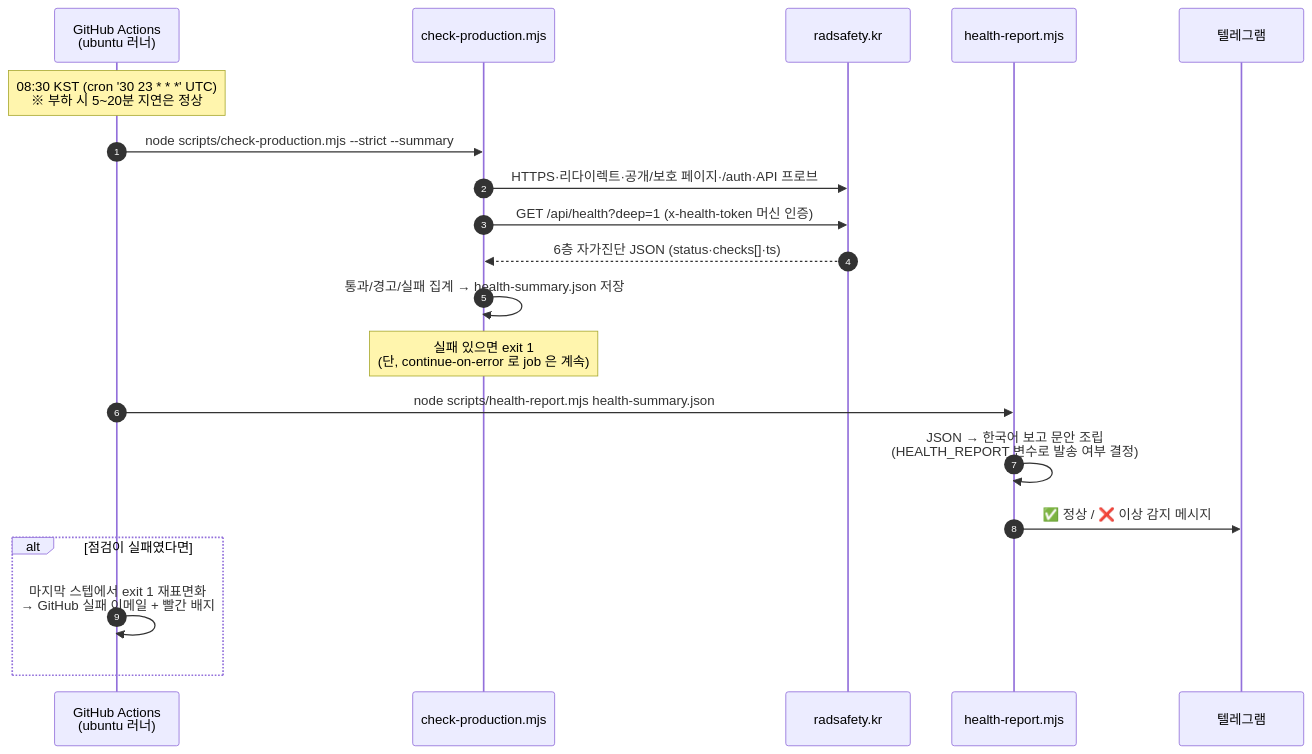
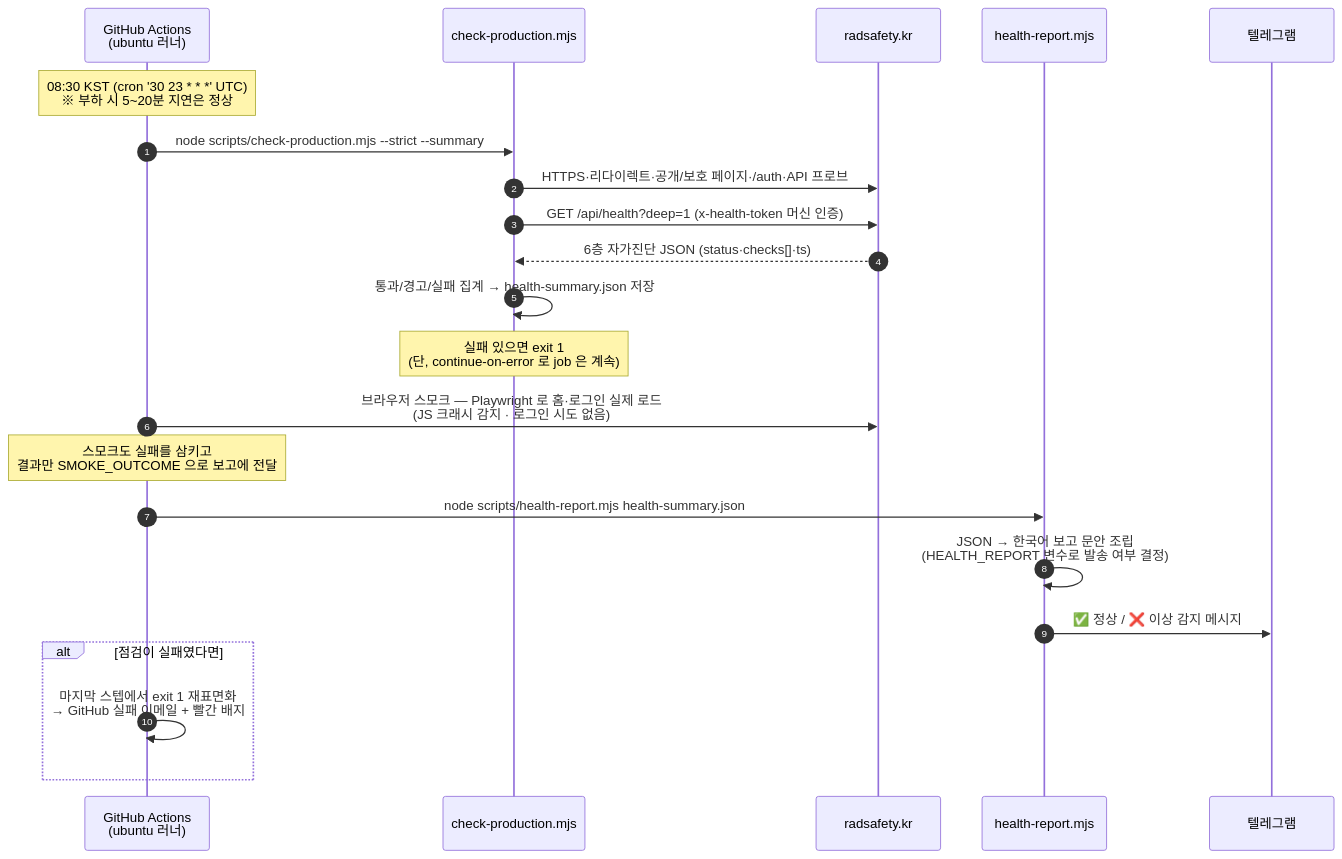
Before and after one commit to ai4radmed/radsafety-pwa: the second of 4 diagrams in documents/health_monitoring_guide.md, drawn with Mermaid. The commit also changed other lines of this file and 9 other files, not shown here.

First line of the commit message:
feat(health): 아침 점검 사각지대 보완 — TLS 인증서 만료 임박 + 브라우저 스모크

````diff
--- a/documents/health_monitoring_guide.md
+++ b/documents/health_monitoring_guide.md
@@ -58,23 +64,25 @@
 ```mermaid
 sequenceDiagram
     autonumber
     participant GH as GitHub Actions<br/>(ubuntu 러너)
     participant CP as check-production.mjs
     participant App as radsafety.kr
     participant HR as health-report.mjs
     participant TG as 텔레그램
 
     Note over GH: 08:30 KST (cron '30 23 * * *' UTC)<br/>※ 부하 시 5~20분 지연은 정상
     GH->>CP: node scripts/check-production.mjs --strict --summary
     CP->>App: HTTPS·리다이렉트·공개/보호 페이지·/auth·API 프로브
     CP->>App: GET /api/health?deep=1 (x-health-token 머신 인증)
     App-->>CP: 6층 자가진단 JSON (status·checks[]·ts)
     CP->>CP: 통과/경고/실패 집계 → health-summary.json 저장
     Note over CP: 실패 있으면 exit 1<br/>(단, continue-on-error 로 job 은 계속)
+    GH->>App: 브라우저 스모크 — Playwright 로 홈·로그인 실제 로드<br/>(JS 크래시 감지 · 로그인 시도 없음)
+    Note over GH: 스모크도 실패를 삼키고<br/>결과만 SMOKE_OUTCOME 으로 보고에 전달
     GH->>HR: node scripts/health-report.mjs health-summary.json
     HR->>HR: JSON → 한국어 보고 문안 조립<br/>(HEALTH_REPORT 변수로 발송 여부 결정)
     HR->>TG: ✅ 정상 / ❌ 이상 감지 메시지
     alt 점검이 실패였다면
         GH->>GH: 마지막 스텝에서 exit 1 재표면화<br/>→ GitHub 실패 이메일 + 빨간 배지
     end
 ```
````
